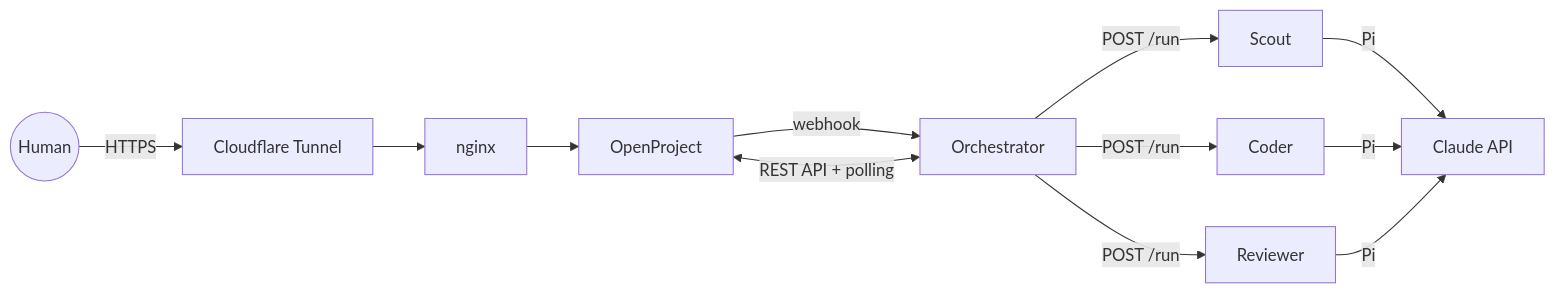
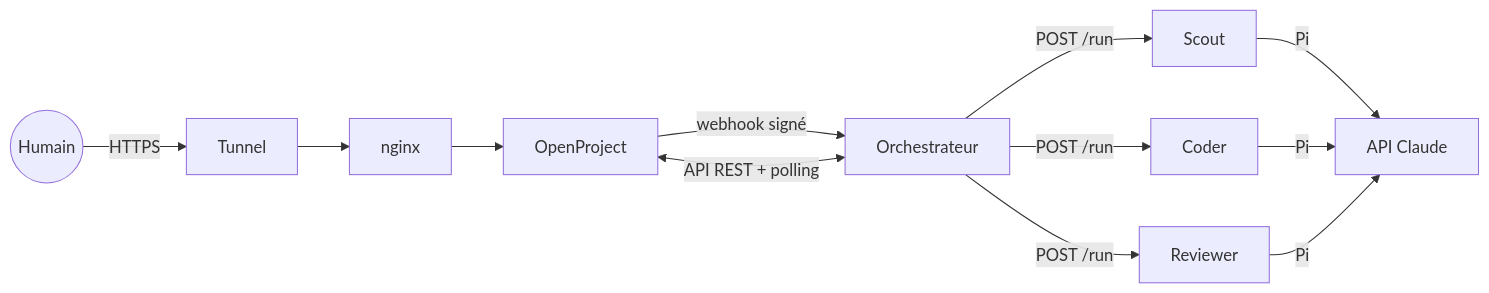
One commit to Dionysos/ai-agent-farm-demo changed the first of 2 diagrams in README.md. Above: the diagram before and after it, drawn with Mermaid. The commit also changed other lines of this file, not shown here.

````diff
--- a/README.md
+++ b/README.md
@@ -32,8 +73,8 @@
 ```mermaid
 flowchart LR
-  H((Human)) -->|HTTPS| CF[Cloudflare Tunnel] --> NG[nginx] --> OP[OpenProject]
-  OP -->|webhook| OR[Orchestrator]
-  OR <-->|REST API + polling| OP
+  H((Humain)) -->|HTTPS| TU[Tunnel] --> NG[nginx] --> OP[OpenProject]
+  OP -->|webhook signé| OR[Orchestrateur]
+  OR <-->|API REST + polling| OP
   OR -->|POST /run| S[Scout] & C[Coder] & RV[Reviewer]
-  S & C & RV -->|Pi| API[Claude API]
+  S & C & RV -->|Pi| API[API Claude]
 ```
````
